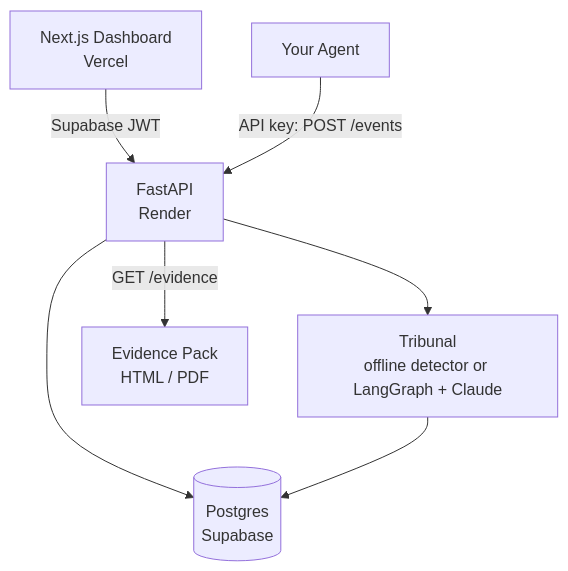
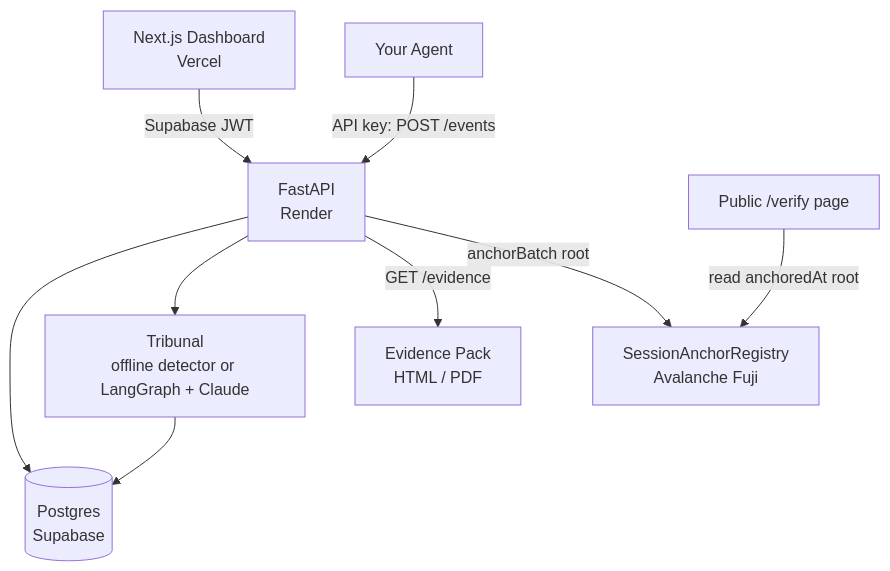
The diagram in README.md (iWeslax83/teluvane), drawn with Mermaid before and after one commit. The commit also changed other lines of this file and 5 other files, not shown here.

````diff
--- a/README.md
+++ b/README.md
@@ -48,9 +50,11 @@
 ```mermaid
 flowchart TD
     UI[Next.js Dashboard\nVercel] -->|Supabase JWT| API[FastAPI\nRender]
     Agent[Your Agent] -->|API key: POST /events| API
     API --> DB[(Postgres\nSupabase)]
     API --> Tribunal[Tribunal\noffline detector or LangGraph + Claude]
     Tribunal --> DB
     API -->|GET /evidence| Pack[Evidence Pack\nHTML / PDF]
+    API -->|anchorBatch root| Fuji[SessionAnchorRegistry\nAvalanche Fuji]
+    Verify[Public /verify page] -->|read anchoredAt root| Fuji
 ```
````
